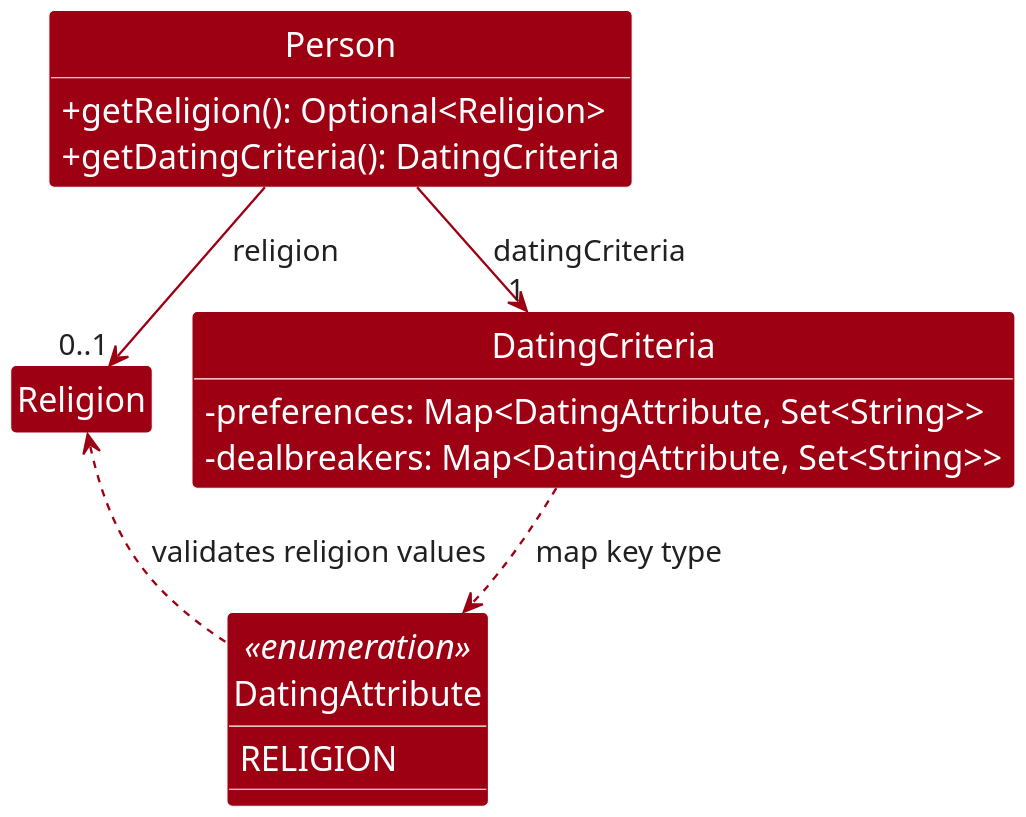
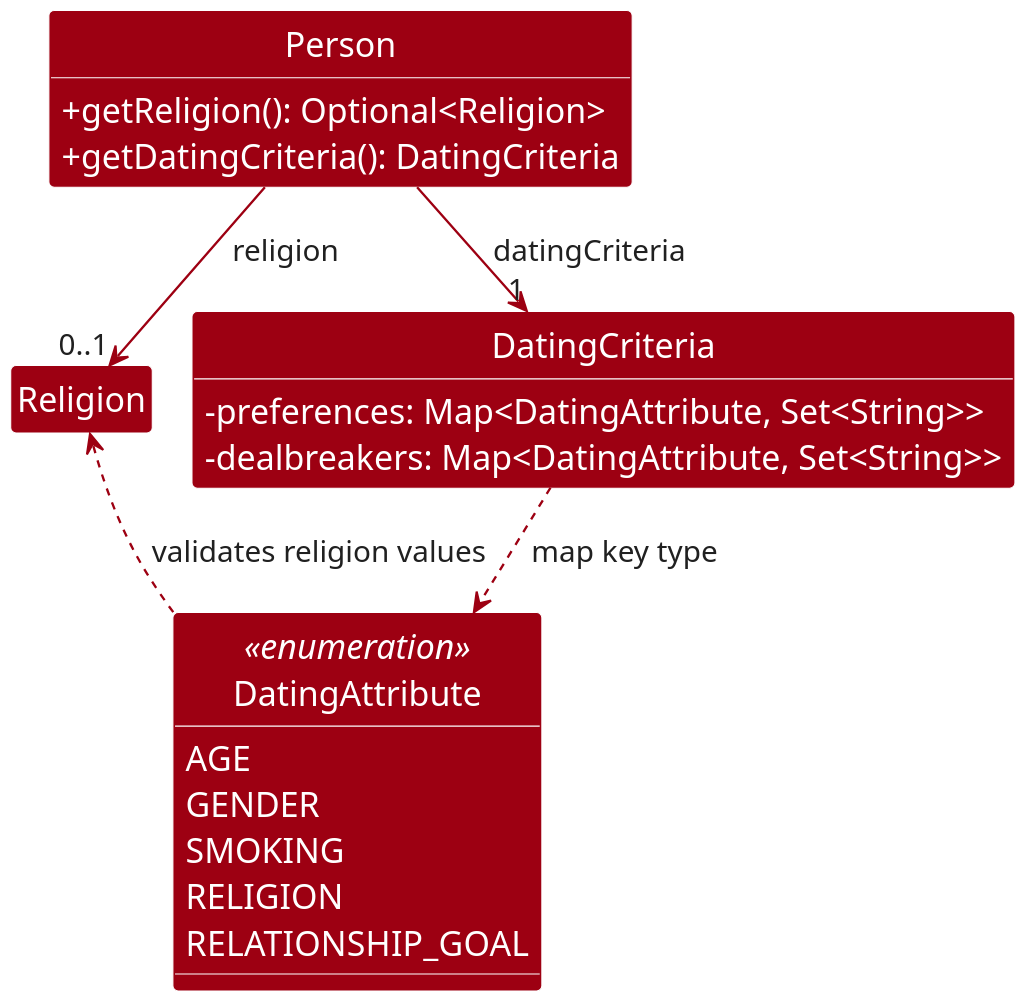
The diagram in docs/diagrams/ReligionCriteriaClassDiagram.puml (AY2627S1-CS2103T-W09-1/tp), drawn with PlantUML before and after one commit. The commit also changed 12 other files, not shown here.

First line of the commit message:
Correct DG diagrams that differ from the code

```diff
--- a/docs/diagrams/ReligionCriteriaClassDiagram.puml
+++ b/docs/diagrams/ReligionCriteriaClassDiagram.puml
@@ -1,45 +1,49 @@
 @startuml
 !pragma layout smetana
 
 skinparam dpi 192
 skinparam shadowing false
 skinparam defaultFontName Arial
 skinparam defaultFontSize 16
 skinparam arrowThickness 1.1
 skinparam arrowColor #9D0012
 skinparam arrowFontColor #202020
 skinparam arrowFontSize 14
 skinparam classBackgroundColor #9D0012
 skinparam classBorderColor #FFFFFF
 skinparam classFontColor #FFFFFF
 skinparam classAttributeFontColor #FFFFFF
 skinparam classStereotypeFontColor #FFFFFF
 skinparam classAttributeIconSize 0
 
 hide circle
 hide members
 
 class Person {
     +getReligion(): Optional<Religion>
     +getDatingCriteria(): DatingCriteria
 }
 class Religion
 class DatingCriteria {
     -preferences: Map<DatingAttribute, Set<String>>
     -dealbreakers: Map<DatingAttribute, Set<String>>
 }
 enum DatingAttribute <<enumeration>> {
+    AGE
+    GENDER
+    SMOKING
     RELIGION
+    RELATIONSHIP_GOAL
 }
 
 show Person methods
 show DatingCriteria fields
 show DatingAttribute members
 
 Person -down-> "0..1" Religion : religion
 Person -down-> "1" DatingCriteria : datingCriteria
 DatingCriteria .down.> DatingAttribute : map key type
 DatingAttribute .left.> Religion : validates religion values
 
 Religion -[hidden]right-> DatingCriteria
 @enduml
```
